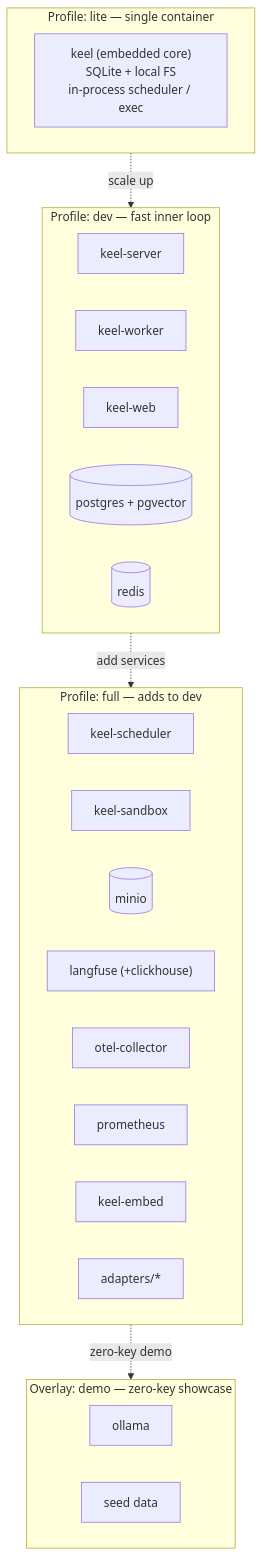
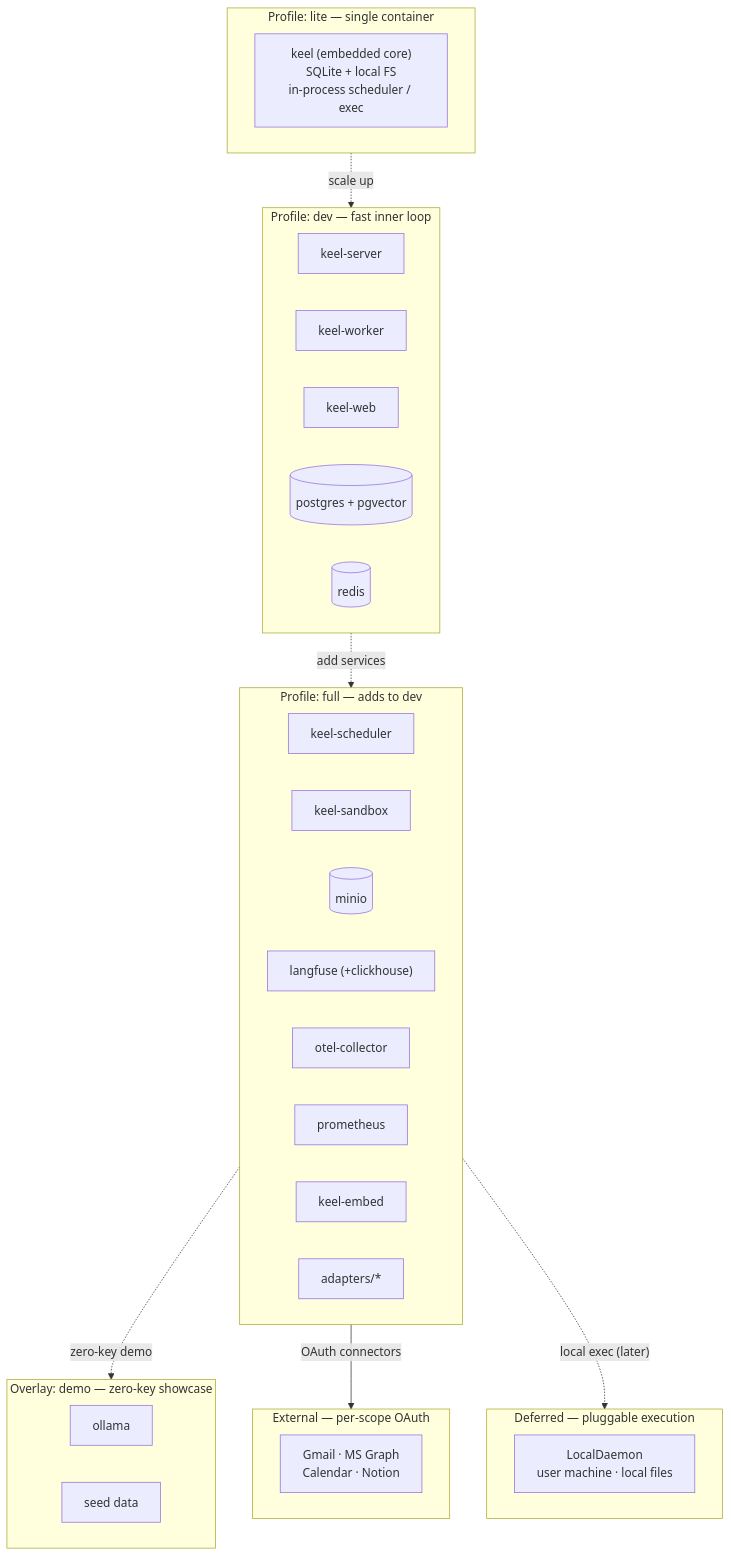
The diagram in docs/diagrams/07-deployment.md (seudazhong/keel), drawn with Mermaid before and after one commit. The commit also changed 7 other files, not shown here.

First line of the commit message:
docs(diagrams): refresh for connector/scoped-agent model (ADR-0009)

````diff
--- a/docs/diagrams/07-deployment.md
+++ b/docs/diagrams/07-deployment.md
@@ -5,34 +5,44 @@
 ```mermaid
 flowchart TB
     subgraph lite["Profile: lite — single container"]
         l1["keel (embedded core)<br/>SQLite + local FS<br/>in-process scheduler / exec"]
     end
 
     subgraph dev["Profile: dev — fast inner loop"]
         d1["keel-server"]
         d2["keel-worker"]
         d3["keel-web"]
         d4[("postgres + pgvector")]
         d5[("redis")]
     end
 
     subgraph full["Profile: full — adds to dev"]
         f1["keel-scheduler"]
         f2["keel-sandbox"]
         f3[("minio")]
         f4["langfuse (+clickhouse)"]
         f5["otel-collector"]
         f6["prometheus"]
         f7["keel-embed"]
         f8["adapters/*"]
     end
 
     subgraph demo["Overlay: demo — zero-key showcase"]
         m1["ollama"]
         m2["seed data"]
     end
 
+    subgraph ext["External — per-scope OAuth"]
+        e1["Gmail · MS Graph<br/>Calendar · Notion"]
+    end
+
+    subgraph future["Deferred — pluggable execution"]
+        fd1["LocalDaemon<br/>user machine · local files"]
+    end
+
     lite -.->|"scale up"| dev
     dev -.->|"add services"| full
     full -.->|"zero-key demo"| demo
+    full -->|"OAuth connectors"| ext
+    full -.->|"local exec (later)"| future
 ```
````
